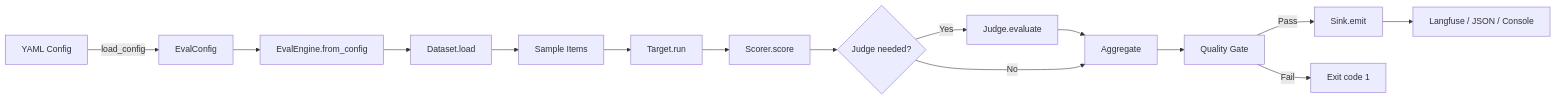
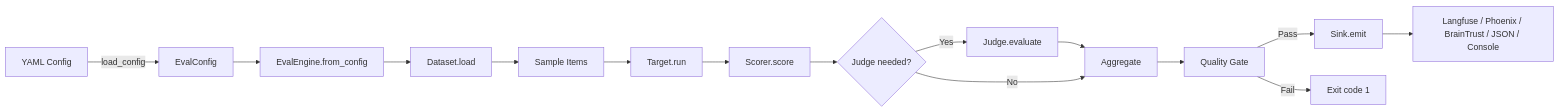
The seventh of 7 diagrams in docs/c4_architecture.md (ianshank/Agents), drawn with Mermaid before and after one commit. The commit also changed other lines of this file and 17 other files, not shown here.

````diff
--- a/docs/c4_architecture.md
+++ b/docs/c4_architecture.md
@@ -279,17 +284,17 @@
 ```mermaid
 flowchart LR
     A[YAML Config] -->|load_config| B[EvalConfig]
     B --> C[EvalEngine.from_config]
     C --> D[Dataset.load]
     D --> E[Sample Items]
     E --> F[Target.run]
     F --> G[Scorer.score]
     G --> H{Judge needed?}
     H -->|Yes| I[Judge.evaluate]
     I --> J[Aggregate]
     H -->|No| J
     J --> K[Quality Gate]
     K -->|Pass| L[Sink.emit]
     K -->|Fail| M[Exit code 1]
-    L --> N[Langfuse / JSON / Console]
+    L --> N[Langfuse / Phoenix / BrainTrust / JSON / Console]
 ```
````
